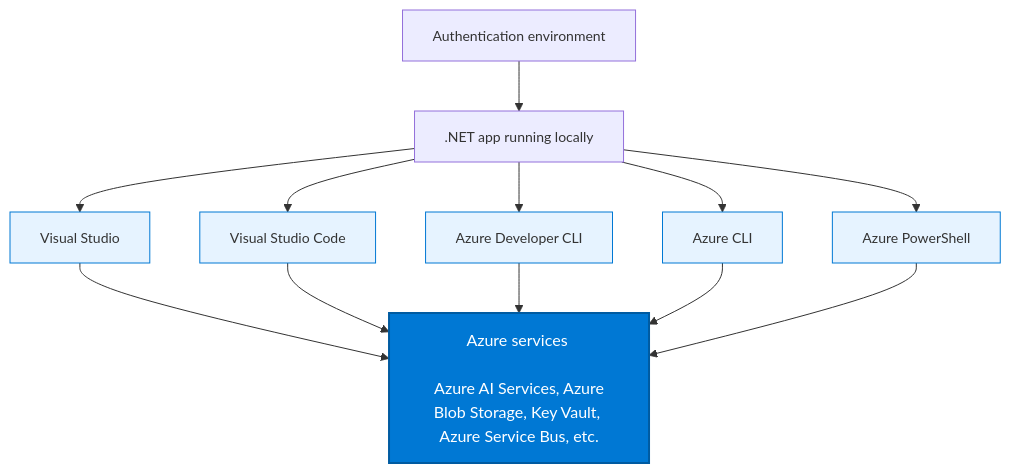
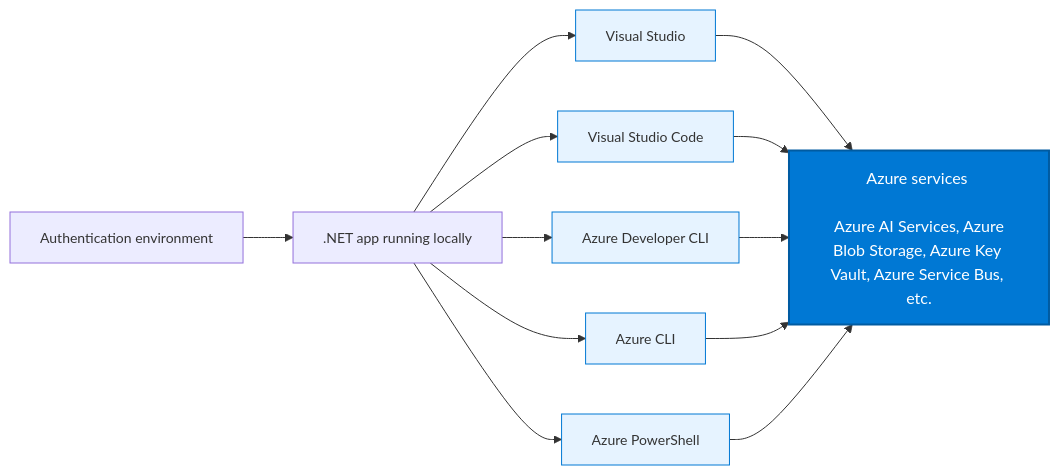
The diagram in docs/azure/sdk/media/mermaidjs/local-authentication.md (dotnet/docs), drawn with Mermaid before and after one commit. The commit also changed 1 other file, not shown here.

````diff
--- a/docs/azure/sdk/media/mermaidjs/local-authentication.md
+++ b/docs/azure/sdk/media/mermaidjs/local-authentication.md
@@ -6,34 +6,34 @@
 ```mermaid
-flowchart TD
+flowchart LR
     LA[Authentication environment]
     ARL[.NET app running locally]
     
     VS[Visual Studio]
     VSC[Visual Studio Code]
     AZCLI[Azure CLI]
     AZPS[Azure PowerShell]
     AZD[Azure Developer CLI]
     
-    AS["Azure services <br/><br/> Azure AI Services, Azure Blob Storage, Key Vault, Azure Service Bus, etc."]
+    AS["Azure services <br/><br/> Azure AI Services, Azure Blob Storage, Azure Key Vault, Azure Service Bus, etc."]
     
     LA --> ARL
     ARL --> VS
     ARL --> VSC
     ARL --> AZD
     ARL --> AZCLI
     ARL --> AZPS
     
     VS --> AS
     VSC --> AS
     AZD --> AS
     AZCLI --> AS
     AZPS --> AS
     
     classDef highlight fill:#0078d4,stroke:#005ba1,stroke-width:2px,color:#fff,font-size:16px
     classDef tools fill:#e6f3ff,stroke:#0078d4,stroke-width:1px,font-size:14px
     classDef default font-size:14px
     
     class AS highlight
     class VS,VSC,AZD,AZCLI,AZPS tools
     class LA,ARL default
 ```
````
